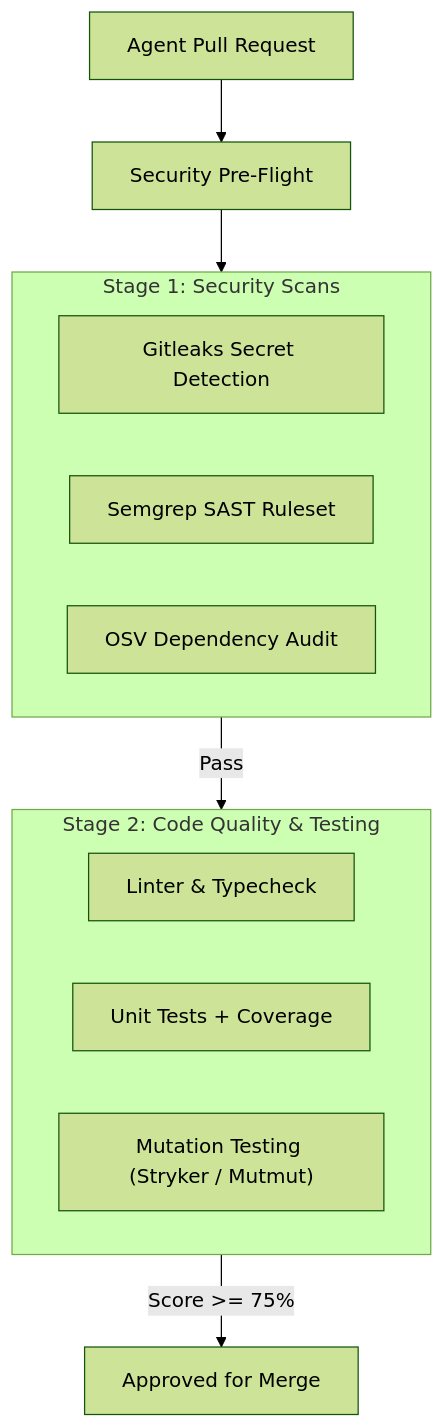
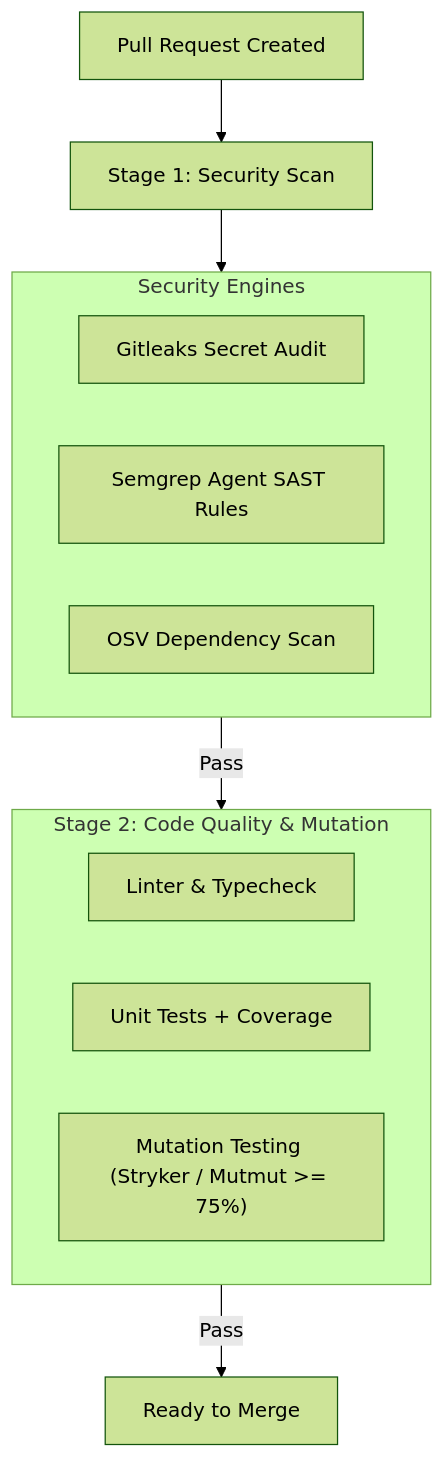
The seventh of 7 diagrams in README.md (SamDozer/antigravity-elite-harness), drawn with Mermaid (forest theme) before and after one commit. The commit also changed other lines of this file and 6 other files, not shown here.

````diff
--- a/README.md
+++ b/README.md
@@ -201,21 +276,21 @@
 ```mermaid
 flowchart TD
-    Commit["Agent Pull Request"] --> PreFlight["Security Pre-Flight"]
+    PR["Pull Request Created"] --> SecCheck["Stage 1: Security Scan"]
     
-    subgraph SecurityChecks["Stage 1: Security Scans"]
-        G1["Gitleaks Secret Detection"]
-        S1["Semgrep SAST Ruleset"]
-        O1["OSV Dependency Audit"]
+    subgraph SecEngines["Security Engines"]
+        G1["Gitleaks Secret Audit"]
+        S1["Semgrep Agent SAST Rules"]
+        O1["OSV Dependency Scan"]
     end
     
-    PreFlight --> SecurityChecks
+    SecCheck --> SecEngines
     
-    subgraph QualityGate["Stage 2: Code Quality & Testing"]
+    subgraph QualityGate["Stage 2: Code Quality & Mutation"]
         L1["Linter & Typecheck"]
         T1["Unit Tests + Coverage"]
-        M1["Mutation Testing (Stryker / Mutmut)"]
+        M1["Mutation Testing (Stryker / Mutmut >= 75%)"]
     end
     
-    SecurityChecks -- Pass --> QualityGate
-    QualityGate -- Score >= 75% --> Merge["Approved for Merge"]
+    SecEngines -- Pass --> QualityGate
+    QualityGate -- Pass --> Approved["Ready to Merge"]
 ```
````
